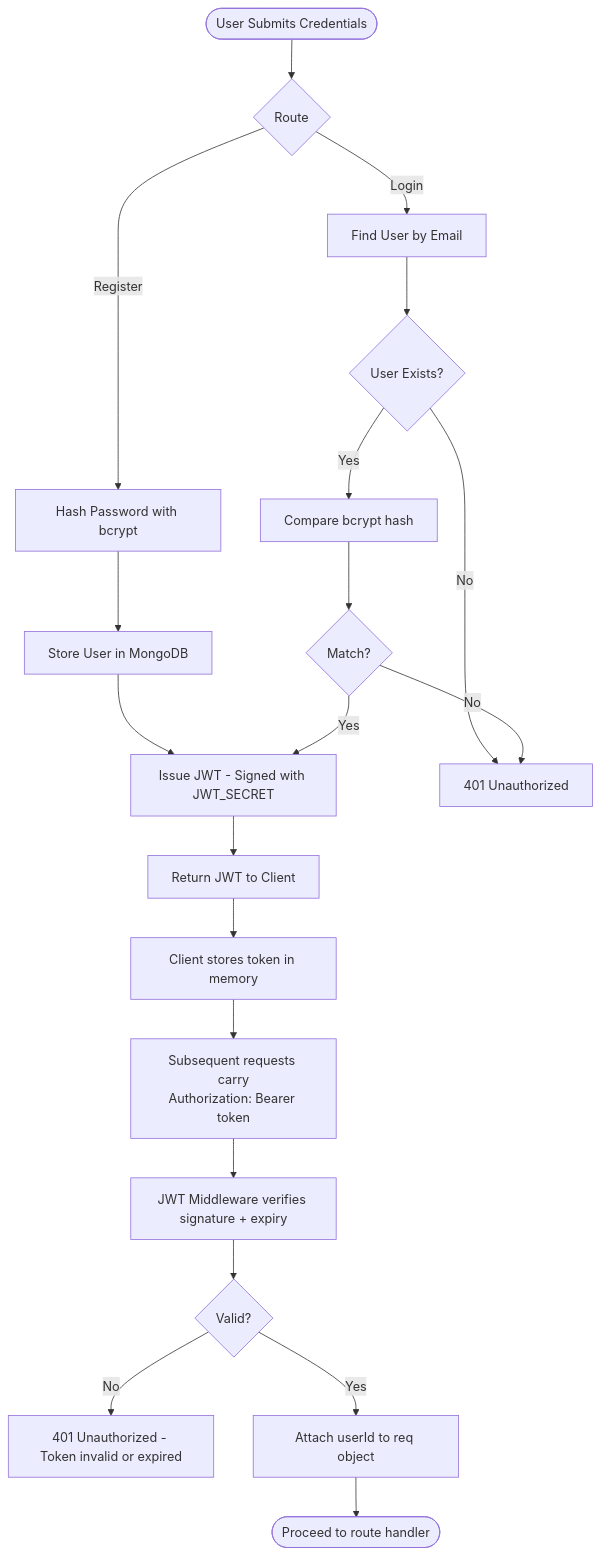
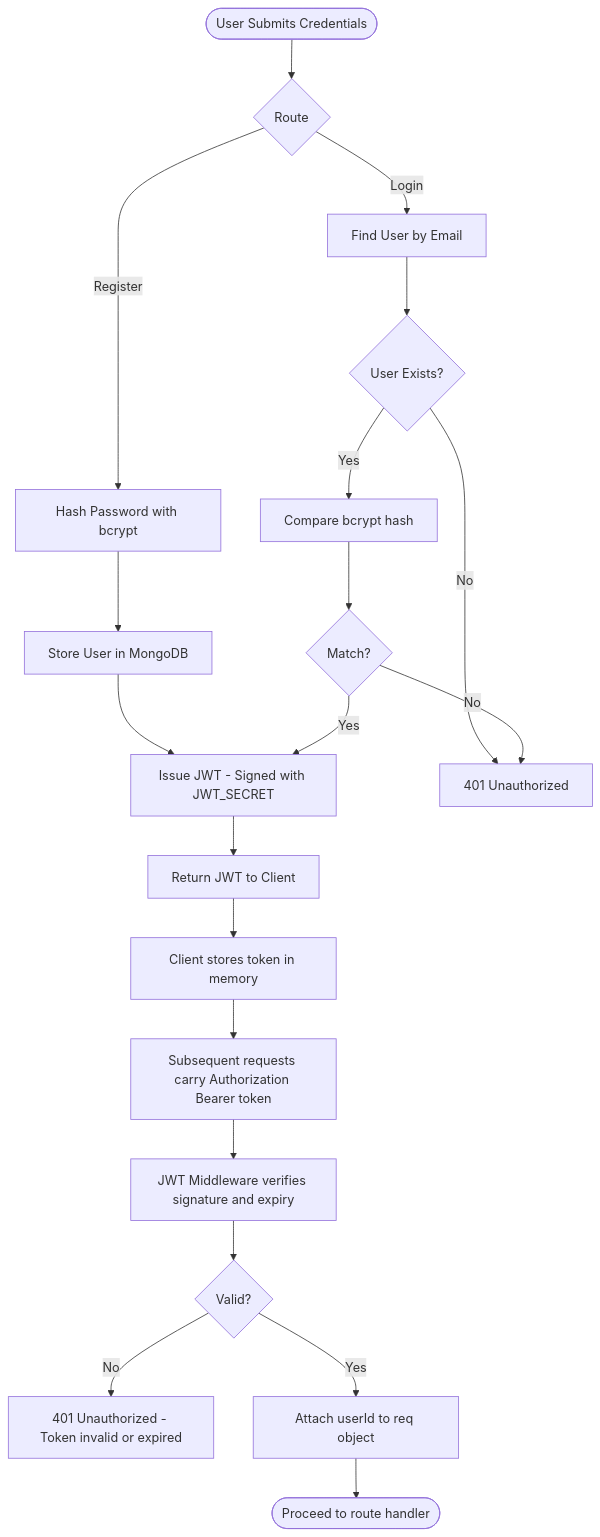
The fourth of 6 diagrams in README.md (hardikkaurani/devsphere-ai), drawn with Mermaid before and after one commit. The commit also changed other lines of this file, not shown here.

````diff
--- a/README.md
+++ b/README.md
@@ -241,24 +296,24 @@
 ```mermaid
 flowchart TD
     A([User Submits Credentials]) --> B{Route}
     B -->|Register| C[Hash Password with bcrypt]
     C --> D[Store User in MongoDB]
     D --> E[Issue JWT - Signed with JWT_SECRET]
 
     B -->|Login| F[Find User by Email]
     F --> G{User Exists?}
     G -->|No| H[401 Unauthorized]
     G -->|Yes| I[Compare bcrypt hash]
     I --> J{Match?}
     J -->|No| H
     J -->|Yes| E
 
     E --> K[Return JWT to Client]
     K --> L[Client stores token in memory]
-    L --> M[Subsequent requests carry\nAuthorization: Bearer token]
-    M --> N[JWT Middleware verifies signature + expiry]
+    L --> M[Subsequent requests carry Authorization Bearer token]
+    M --> N[JWT Middleware verifies signature and expiry]
     N --> O{Valid?}
     O -->|No| P[401 Unauthorized - Token invalid or expired]
     O -->|Yes| Q[Attach userId to req object]
     Q --> R([Proceed to route handler])
 ```
````
